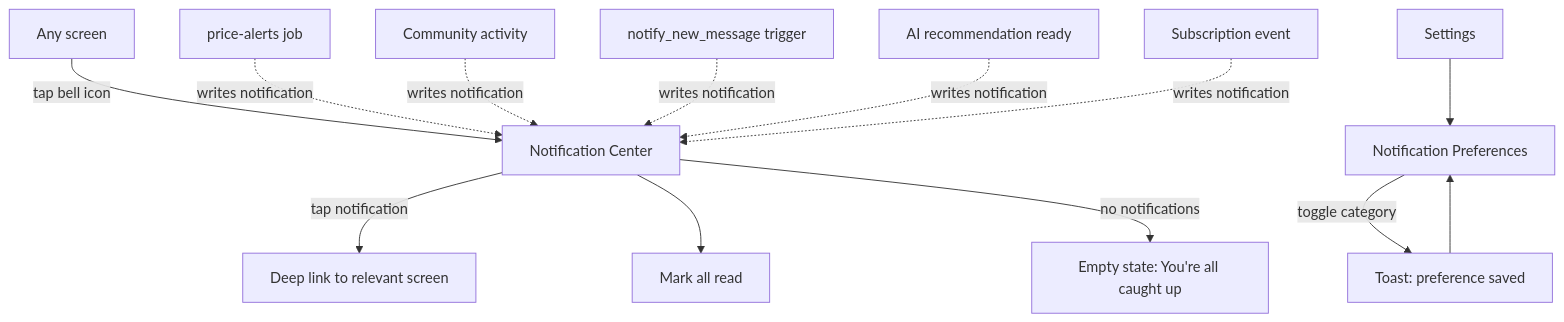
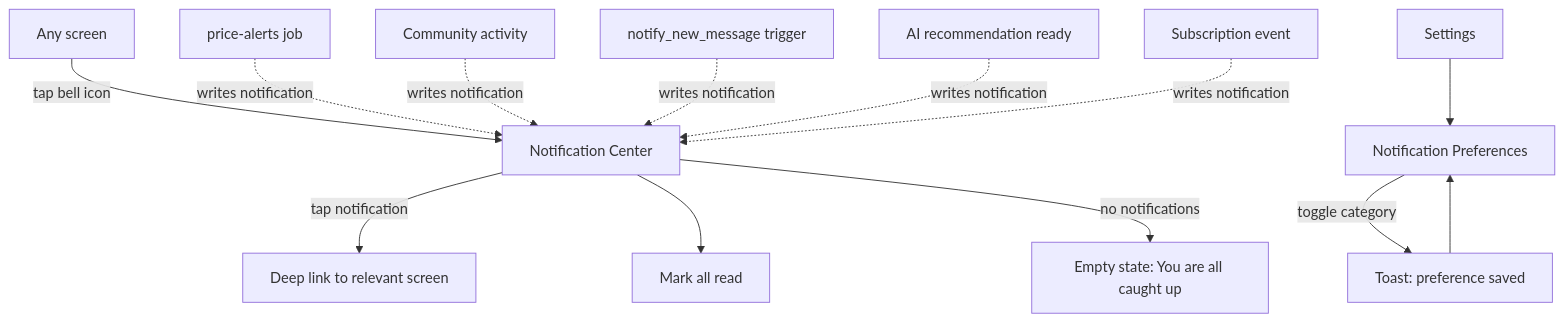
Diagram 12 of 14 in docs_/03-design/SCREENS_AND_FLOWS.md (NK2552003/TradeX), drawn with Mermaid before and after one commit. The commit also changed other lines of this file and 365 other files, not shown here.

````diff
--- a/docs_/03-design/SCREENS_AND_FLOWS.md
+++ b/docs_/03-design/SCREENS_AND_FLOWS.md
@@ -377,14 +376,14 @@
 ```mermaid
 flowchart TD
     A[Any screen] -->|tap bell icon| B[Notification Center]
     B -->|tap notification| C[Deep link to relevant screen]
     B --> D[Mark all read]
-    B -->|no notifications| B2[Empty state: You're all caught up]
+    B -->|no notifications| B2[Empty state: You are all caught up]
     E[Settings] --> F[Notification Preferences]
     F -->|toggle category| Toast1[Toast: preference saved] --> F
     G[price-alerts job] -.writes notification.-> B
     H[Community activity] -.writes notification.-> B
     Msg[notify_new_message trigger] -.writes notification.-> B
     I[AI recommendation ready] -.writes notification.-> B
     J[Subscription event] -.writes notification.-> B
 ```
````
